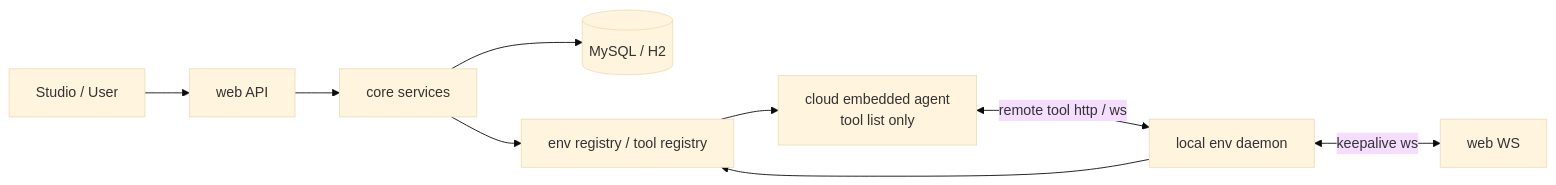
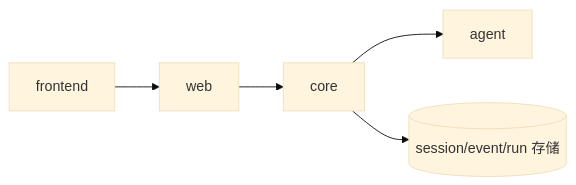
Before and after one commit to fengwk/kk-studio: the first of 2 diagrams in docs/technical-solution/cloud-embedded-agent-runtime.md, drawn with Mermaid (base theme). The commit also changed other lines of this file and 9 other files, not shown here.

Commit message:
docs: consolidate studio architecture and implementation guides

````diff
--- a/docs/technical-solution/cloud-embedded-agent-runtime.md
+++ b/docs/technical-solution/cloud-embedded-agent-runtime.md
@@ -22,11 +17,13 @@
 ```mermaid
 flowchart LR
-  User[Studio / User] --> WebAPI[web API]
-  WebAPI --> Core[core services]
-  Core --> Store[(MySQL / H2)]
-  Core --> EnvRegistry[env registry / tool registry]
-  EnvRegistry --> NativeAgent["cloud embedded agent<br/>tool list only"]
-  Daemon[local env daemon] <-- keepalive ws --> WebWS[web WS]
-  Daemon --> EnvRegistry
-  NativeAgent <-- remote tool http / ws --> Daemon
+    Frontend[frontend]
+    Web[web]
+    Core[core]
+    Agent[agent]
+    Store[(session/event/run 存储)]
+
+    Frontend --> Web
+    Web --> Core
+    Core --> Agent
+    Core --> Store
 ```
````
